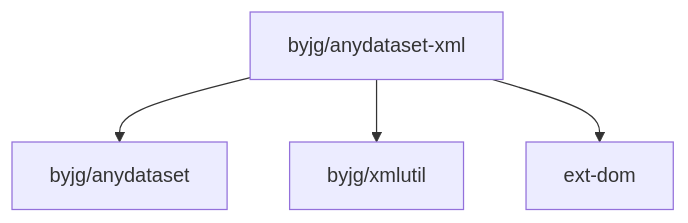
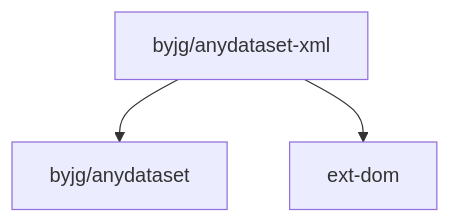
The diagram in docs/php/anydataset-xml.md (byjg/byjg.github.io), drawn with Mermaid before and after one commit. The commit also changed 1 other file, not shown here.

Commit message:
Update documentation 'php' 'php-anydataset-xml'

````diff
--- a/docs/php/anydataset-xml.md
+++ b/docs/php/anydataset-xml.md
@@ -152,6 +152,5 @@
 ```mermaid
 flowchart TD
     byjg/anydataset-xml --> byjg/anydataset
-    byjg/anydataset-xml --> byjg/xmlutil
     byjg/anydataset-xml --> ext-dom
 ```
````
